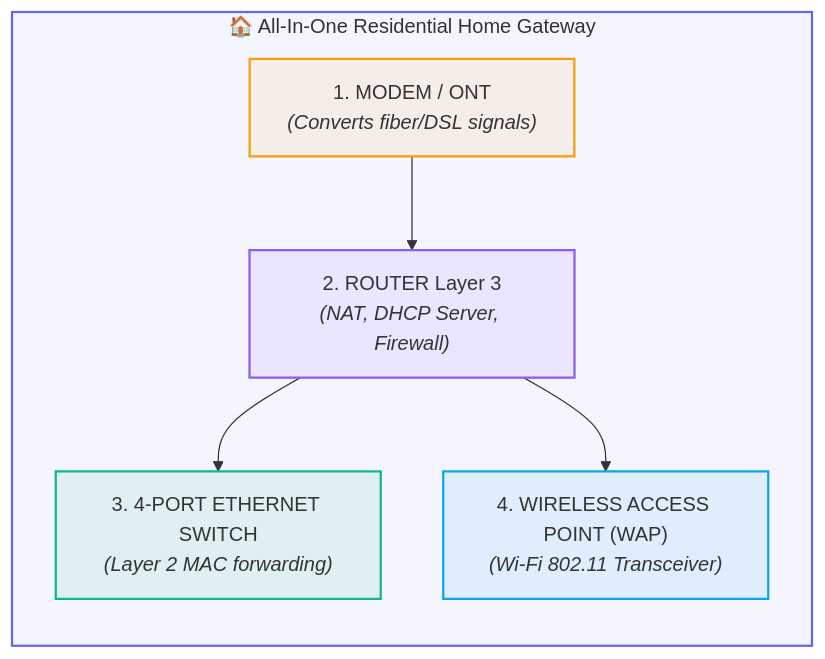
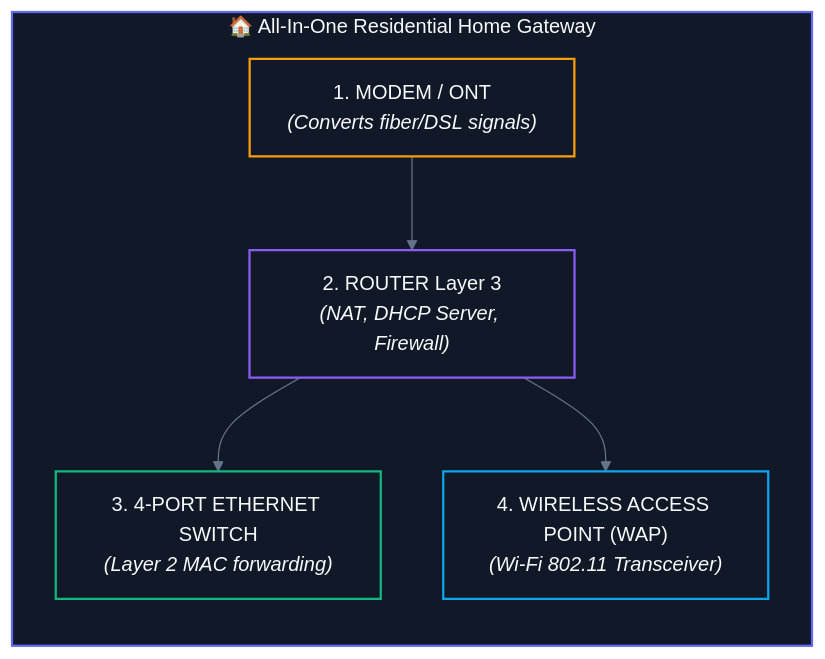
The fifth of 5 diagrams in CS/Computer Networking/01. Architecture & Fundamentals/05. Network Hardware - Hub, Switch, Router, Modem.md (abhinavbharti2345/CS_Notes), drawn with Mermaid before and after one commit. The commit also changed other lines of this file and 195 other files, not shown here.

````diff
--- a/CS/Computer Networking/01. Architecture & Fundamentals/05. Network Hardware - Hub, Switch, Router, Modem.md
+++ b/CS/Computer Networking/01. Architecture & Fundamentals/05. Network Hardware - Hub, Switch, Router, Modem.md
@@ -167,24 +171,25 @@
 ```mermaid
+%%{init: {'theme': 'base', 'themeVariables': { 'darkMode': true, 'background': '#0B0F14', 'mainBkg': '#111827', 'primaryColor': '#111827', 'primaryTextColor': '#F8FAFC', 'primaryBorderColor': '#38BDF8', 'lineColor': '#64748B', 'secondaryColor': '#0B0F14', 'tertiaryColor': '#0B0F14', 'clusterBkg': '#0B0F14', 'clusterBorder': '#38BDF8' }}}%%
 graph TD
     subgraph ResidentialGateway["🏠 All-In-One Residential Home Gateway"]
         direction TD
         ONT["1. MODEM / ONT<br><i>(Converts fiber/DSL signals)</i>"]
         RouterBox["2. ROUTER Layer 3<br><i>(NAT, DHCP Server, Firewall)</i>"]
         SwitchBox["3. 4-PORT ETHERNET SWITCH<br><i>(Layer 2 MAC forwarding)</i>"]
         WAP["4. WIRELESS ACCESS POINT (WAP)<br><i>(Wi-Fi 802.11 Transceiver)</i>"]
         
         ONT --> RouterBox --> SwitchBox & WAP
     end
 
-    classDef container fill:#6366f110,stroke:#6366f1,stroke-width:1.8px;
-    classDef c1 fill:#f59e0b18,stroke:#f59e0b,stroke-width:1.8px;
-    classDef c2 fill:#8b5cf618,stroke:#8b5cf6,stroke-width:1.8px;
-    classDef c3 fill:#10b98118,stroke:#10b981,stroke-width:1.8px;
-    classDef c4 fill:#0ea5e918,stroke:#0ea5e9,stroke-width:1.8px;
+    classDef container fill:#111827,stroke:#6366f1,stroke-width:1.8px,color:#F8FAFC;
+    classDef c1 fill:#111827,stroke:#f59e0b,stroke-width:1.8px,color:#F8FAFC;
+    classDef c2 fill:#111827,stroke:#8b5cf6,stroke-width:1.8px,color:#F8FAFC;
+    classDef c3 fill:#111827,stroke:#10b981,stroke-width:1.8px,color:#F8FAFC;
+    classDef c4 fill:#111827,stroke:#0ea5e9,stroke-width:1.8px,color:#F8FAFC;
 
     class ResidentialGateway container;
     class ONT c1;
     class RouterBox c2;
     class SwitchBox c3;
     class WAP c4;
 ```
````
